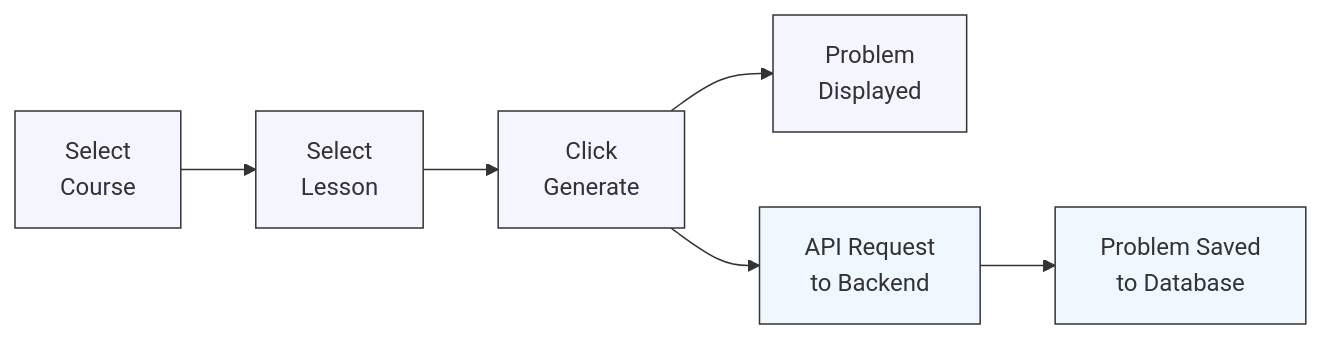
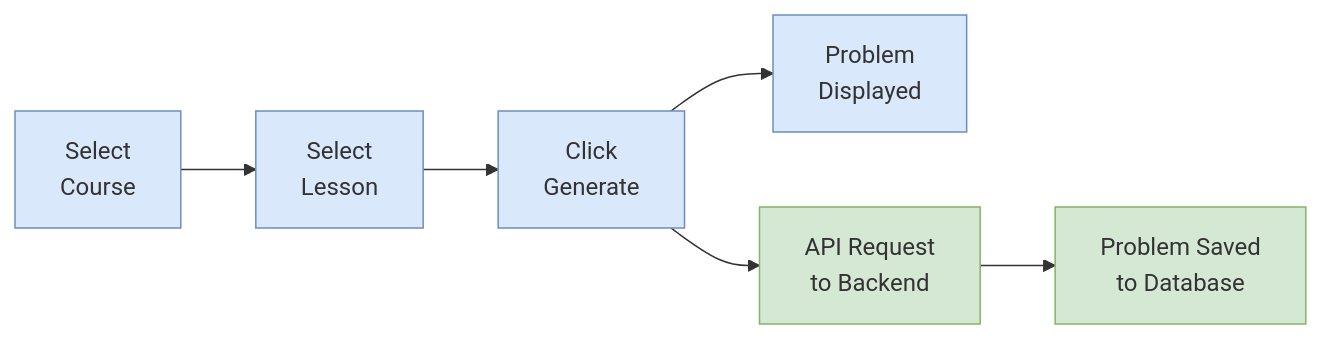
The second of 5 diagrams in Architecture_and_Tech_Stack.md (PatrickJYKang/problem_generator), drawn with Mermaid before and after one commit. The commit also changed other lines of this file, not shown here.

Commit message:
Improved Mermaid diagram colors for better readability and contrast

````diff
--- a/Architecture_and_Tech_Stack.md
+++ b/Architecture_and_Tech_Stack.md
@@ -82,14 +83,15 @@
 ```mermaid
 flowchart LR
     A["Select\nCourse"] --> B["Select\nLesson"]
     B --> C["Click\nGenerate"]
     C --> D["Problem\nDisplayed"]
     C --> E["API Request\nto Backend"]
     E --> F["Problem Saved\nto Database"]
     
-    classDef userActions fill:#f5f5ff,stroke:#333,stroke-width:1px;
-    classDef systemActions fill:#f0f8ff,stroke:#333,stroke-width:1px;
+    %% Using clearer colors with better contrast
+    classDef userActions fill:#dae8fc,stroke:#6c8ebf,stroke-width:1px;
+    classDef systemActions fill:#d5e8d4,stroke:#82b366,stroke-width:1px;
     
     class A,B,C,D userActions;
     class E,F systemActions;
 ```
````
